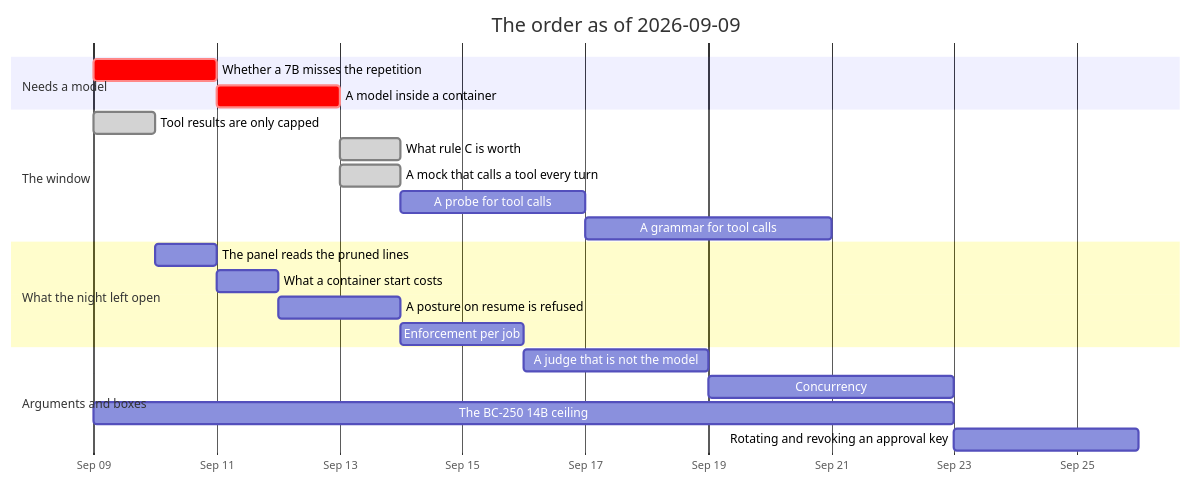
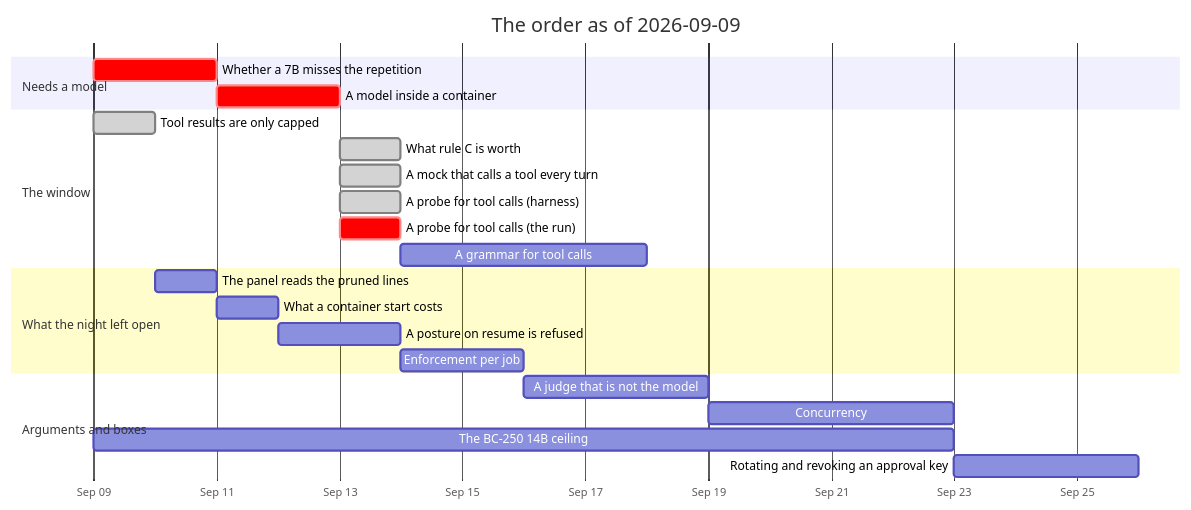
One commit to jgermade/luu changed the diagram in ROADMAP/2026-09-09/README.md. Above: the diagram before and after it, drawn with Mermaid. The commit also changed other lines of this file and 10 other files, not shown here.

````diff
--- a/ROADMAP/2026-09-09/README.md
+++ b/ROADMAP/2026-09-09/README.md
@@ -85,25 +86,26 @@
 ```mermaid
 gantt
     title The order as of 2026-09-09
     dateFormat YYYY-MM-DD
     axisFormat %b %d
     section Needs a model
     Whether a 7B misses the repetition     :crit, rep, 2026-09-09, 2d
     A model inside a container             :crit, ctr, after rep, 2d
     section The window
     Tool results are only capped           :done, steps, 2026-09-09, 1d
     What rule C is worth                   :done, worth, 2026-09-13, 1d
     A mock that calls a tool every turn    :done, mock, 2026-09-13, 1d
-    A probe for tool calls                 :probe, after worth, 3d
-    A grammar for tool calls               :gbnf, after probe, 4d
+    A probe for tool calls (harness)       :done, probe, 2026-09-13, 1d
+    A probe for tool calls (the run)       :crit, proberun, after ctr, 1d
+    A grammar for tool calls               :gbnf, after proberun, 4d
     section What the night left open
     The panel reads the pruned lines       :trace, after steps, 1d
     What a container start costs           :cost, after trace, 1d
     A posture on resume is refused         :posture, after cost, 2d
     Enforcement per job                    :enf, after posture, 2d
     section Arguments and boxes
     A judge that is not the model          :judge, after enf, 3d
     Concurrency                            :conc, after judge, 4d
     The BC-250 14B ceiling                 :bc250, 2026-09-09, 14d
     Rotating and revoking an approval key  :keys, after conc, 3d
 ```
````
